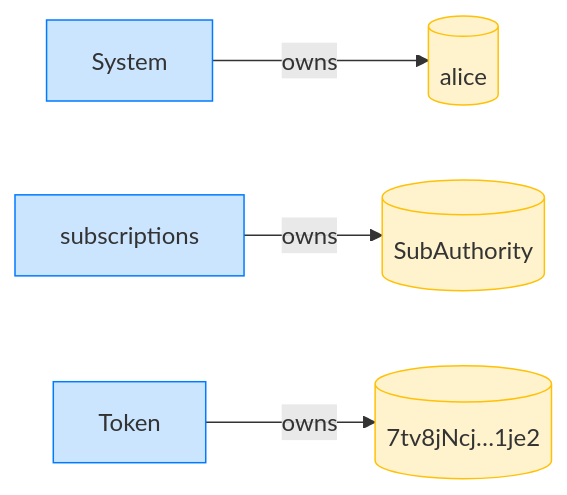
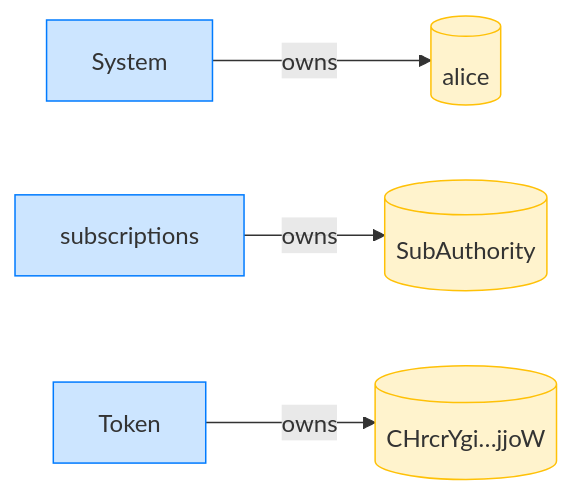
One commit to cds-rs/subscriptions changed the fourth of 12 diagrams in dsl_tests/fixed-transfer-within-the-drift-window-succeeds.md. Above: the diagram before and after it, drawn with Mermaid. The commit also changed other lines of this file and 224 other files, not shown here.

````diff
--- a/dsl_tests/fixed-transfer-within-the-drift-window-succeeds.md
+++ b/dsl_tests/fixed-transfer-within-the-drift-window-succeeds.md
@@ -73,14 +78,14 @@
 ```mermaid
 flowchart LR
     classDef owner fill:#cce5ff,stroke:#007bff;
     classDef account fill:#fff3cd,stroke:#ffc107;
     System[System]:::owner
     alice[(alice)]:::account
     subscriptions[subscriptions]:::owner
     SubAuthority[(SubAuthority)]:::account
     Token[Token]:::owner
-    7tv8jNcj_1je2[("7tv8jNcj…1je2")]:::account
+    CHrcrYgi_jjoW[("CHrcrYgi…jjoW")]:::account
     System -->|owns| alice
     subscriptions -->|owns| SubAuthority
-    Token -->|owns| 7tv8jNcj_1je2
+    Token -->|owns| CHrcrYgi_jjoW
 ```
````
